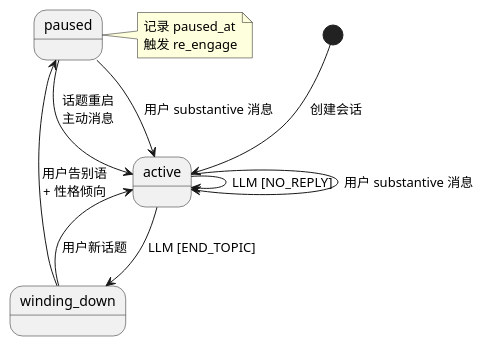
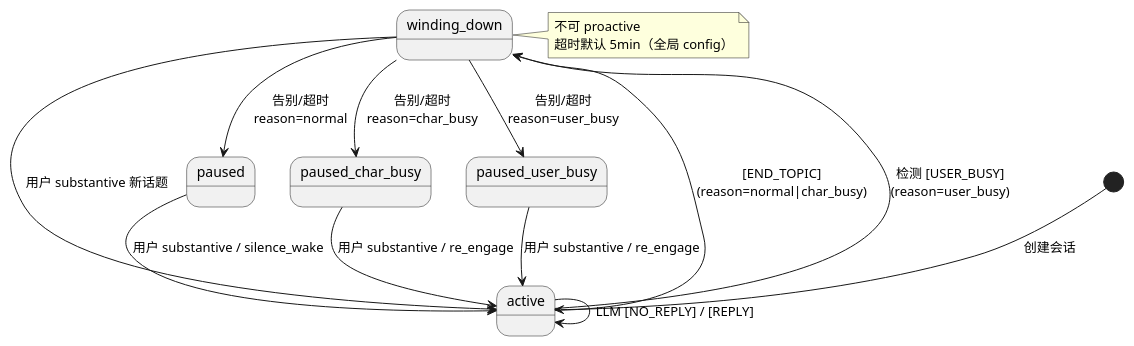
Before and after one commit to Hell-Tractor/dokidoki: diagram 12 of 13 in docs/详细设计说明书.md, drawn with PlantUML. The commit also changed other lines of this file and 30 other files, not shown here.

````diff
--- a/docs/详细设计说明书.md
+++ b/docs/详细设计说明书.md
@@ -1399,20 +1415,23 @@
 ```puml
 @startuml
 [*] --> active : 创建会话
 
-active --> active : LLM [NO_REPLY]
-active --> active : 用户 substantive 消息
-active --> winding_down : LLM [END_TOPIC]
+active --> active : LLM [NO_REPLY] / [REPLY]
+active --> winding_down : [END_TOPIC]\n(reason=normal|char_busy)
+active --> winding_down : 检测 [USER_BUSY]\n(reason=user_busy)
 
-winding_down --> paused : 用户告别语\n+ 性格倾向
-winding_down --> active : 用户新话题
+winding_down --> active : 用户 substantive 新话题
+winding_down --> paused : 告别/超时\nreason=normal
+winding_down --> paused_char_busy : 告别/超时\nreason=char_busy
+winding_down --> paused_user_busy : 告别/超时\nreason=user_busy
 
-paused --> active : 用户 substantive 消息
-paused --> active : 话题重启\n主动消息
+paused --> active : 用户 substantive / silence_wake
+paused_char_busy --> active : 用户 substantive / re_engage
+paused_user_busy --> active : 用户 substantive / re_engage
 
-note right of paused
-  记录 paused_at
-  触发 re_engage
+note right of winding_down
+  不可 proactive
+  超时默认 5min（全局 config）
 end note
 @enduml
 ```
````
